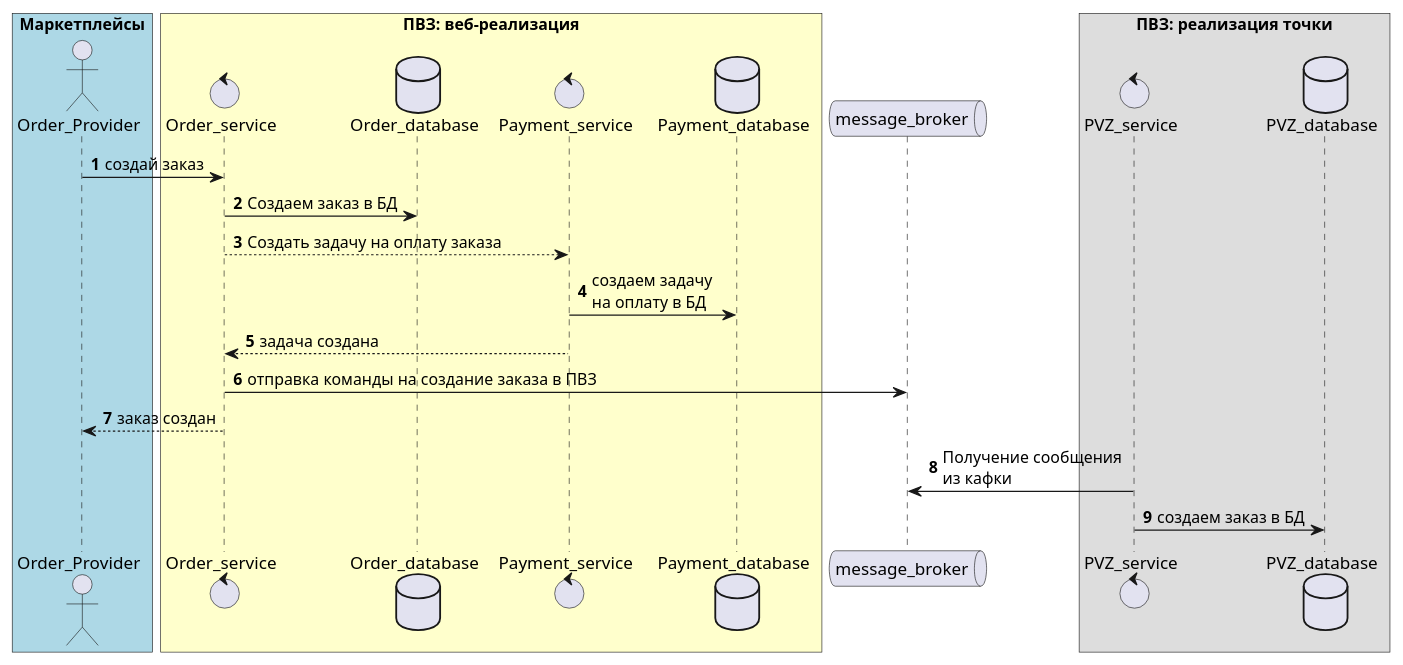
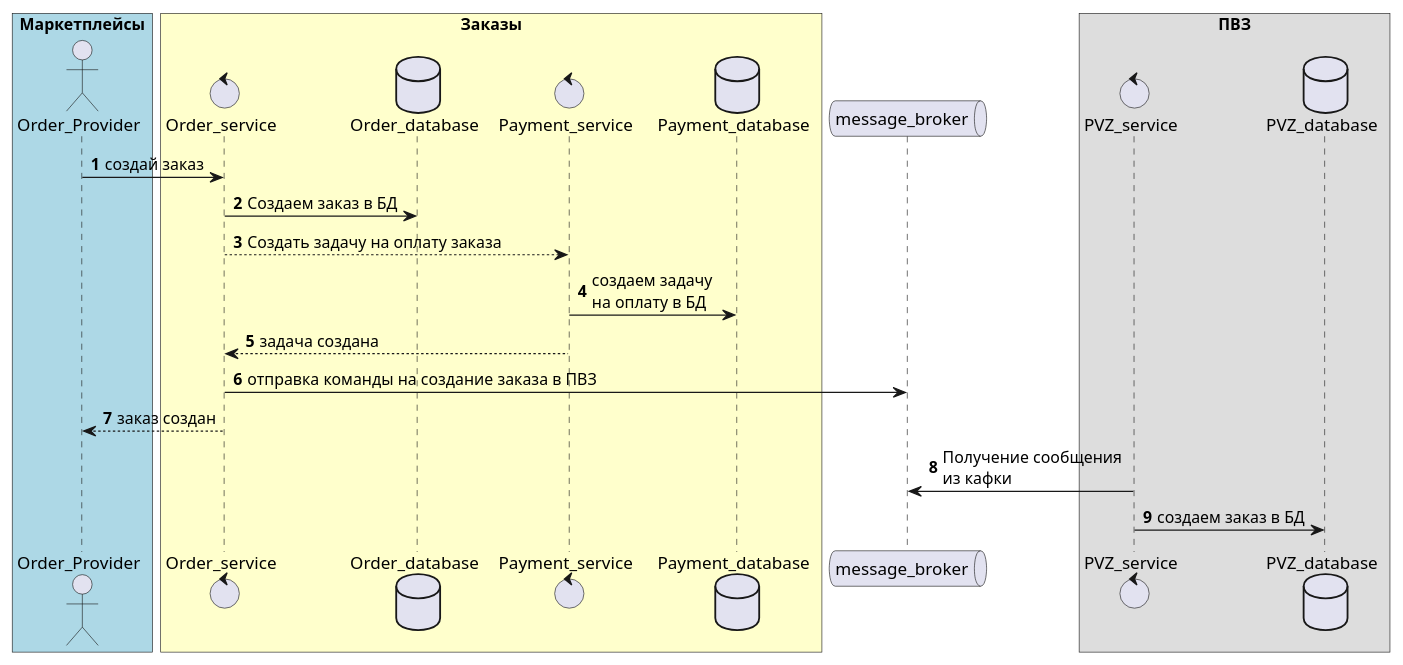
The diagram in 1. История жизни/5_add_coloured_box.puml (Cladkuu/Analyst-days), drawn with PlantUML before and after one commit.

```diff
--- a/1. История жизни/5_add_coloured_box.puml
+++ b/1. История жизни/5_add_coloured_box.puml
@@ -1,44 +1,44 @@
 @startuml
 
 autonumber
 
 box "Маркетплейсы" #LightBlue
 actor Order_Provider order 10
 end box
 
-box "ПВЗ: веб-реализация"  #Business
+box "Заказы"  #Business
 control Order_service order 20
 database Order_database order 30
 control Payment_service order 40
 database Payment_database order 50
 end box
 
 queue message_broker order 60
 
-box "ПВЗ: реализация точки"
+box "ПВЗ"
 control PVZ_service order 70
 database PVZ_database order 80
 end box
 
 
 Order_Provider->Order_service: создай заказ
 Order_service->Order_database: Создаем заказ в БД
 
 Order_service-->Payment_service: Создать задачу на оплату заказа
 Payment_service->Payment_database: создаем задачу \nна оплату в БД
 Payment_service-->Order_service: задача создана
 
 Order_service->message_broker: отправка команды на создание заказа в ПВЗ
 
 Order_service-->Order_Provider: заказ создан
 
 
 PVZ_service->message_broker: Получение сообщения \nиз кафки
 PVZ_service->PVZ_database: создаем заказ в БД
 
 
 
 
 
 
 @enduml
```
